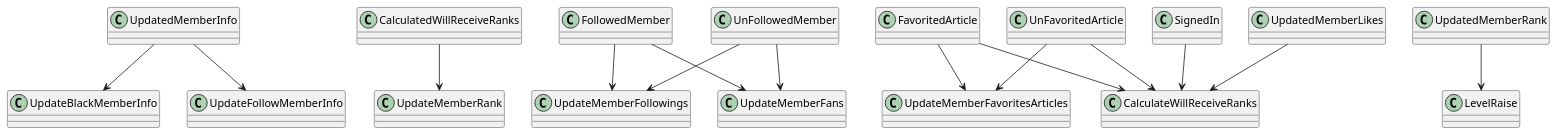
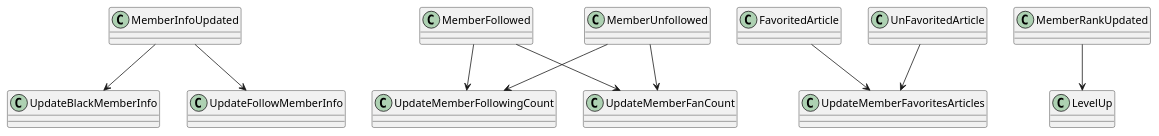
The diagram in design/domain/member/relationEC.puml (LDmoxeii/only4-KSP-cap4j), drawn with PlantUML before and after one commit. The commit also changed 59 other files, not shown here.

```diff
--- a/design/domain/member/relationEC.puml
+++ b/design/domain/member/relationEC.puml
@@ -1,16 +1,11 @@
 @startuml
-UpdatedMemberInfo           -down-> UpdateBlackMemberInfo
-UpdatedMemberInfo           -down-> UpdateFollowMemberInfo
-CalculatedWillReceiveRanks  -down-> UpdateMemberRank
-FollowedMember              -down-> UpdateMemberFollowings
-FollowedMember              -down-> UpdateMemberFans
-UnFollowedMember            -down-> UpdateMemberFollowings
-UnFollowedMember            -down-> UpdateMemberFans
+MemberInfoUpdated           -down-> UpdateBlackMemberInfo
+MemberInfoUpdated           -down-> UpdateFollowMemberInfo
+MemberFollowed              -down-> UpdateMemberFollowingCount
+MemberFollowed              -down-> UpdateMemberFanCount
+MemberUnfollowed            -down-> UpdateMemberFollowingCount
+MemberUnfollowed            -down-> UpdateMemberFanCount
 FavoritedArticle            -down-> UpdateMemberFavoritesArticles
 UnFavoritedArticle          -down-> UpdateMemberFavoritesArticles
-SignedIn                    -down-> CalculateWillReceiveRanks
-FavoritedArticle            -down-> CalculateWillReceiveRanks
-UnFavoritedArticle          -down-> CalculateWillReceiveRanks
-UpdatedMemberLikes          -down-> CalculateWillReceiveRanks
-UpdatedMemberRank           -down-> LevelRaise
+MemberRankUpdated           -down-> LevelUp
 @enduml
```
